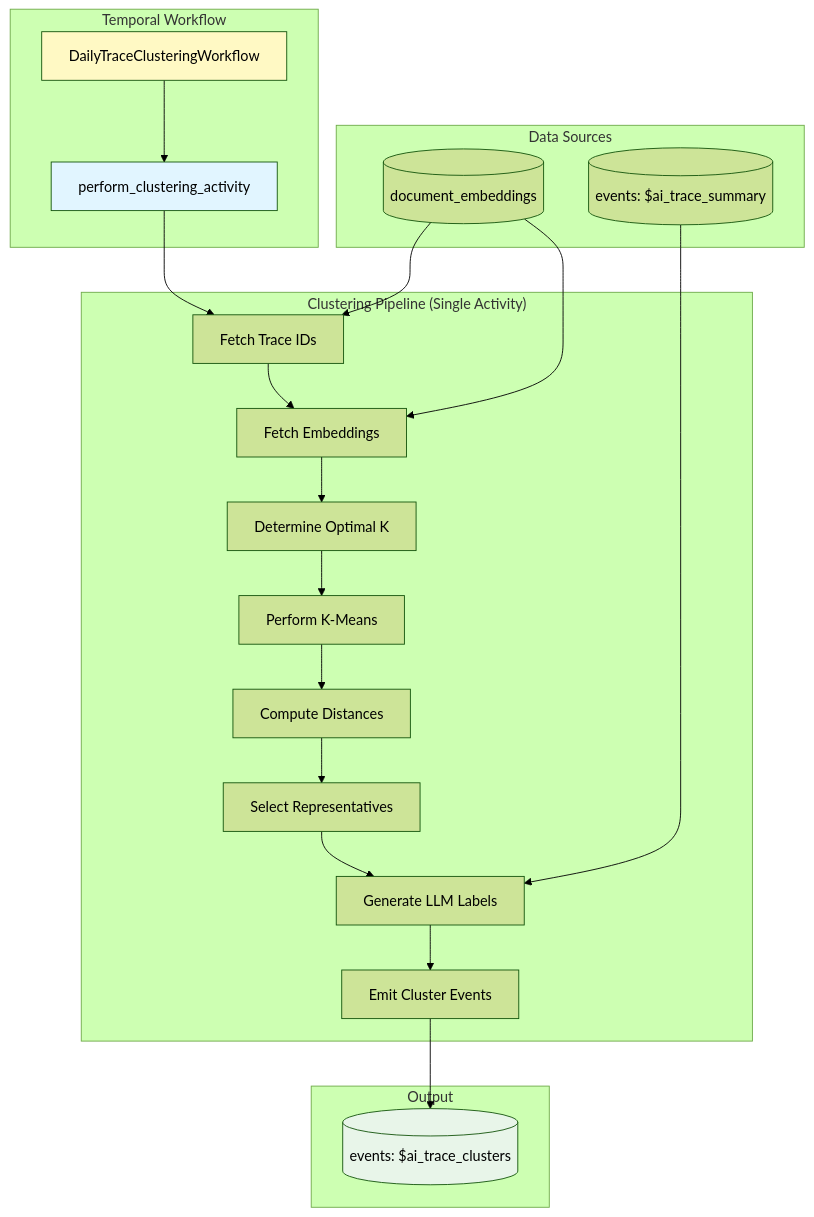
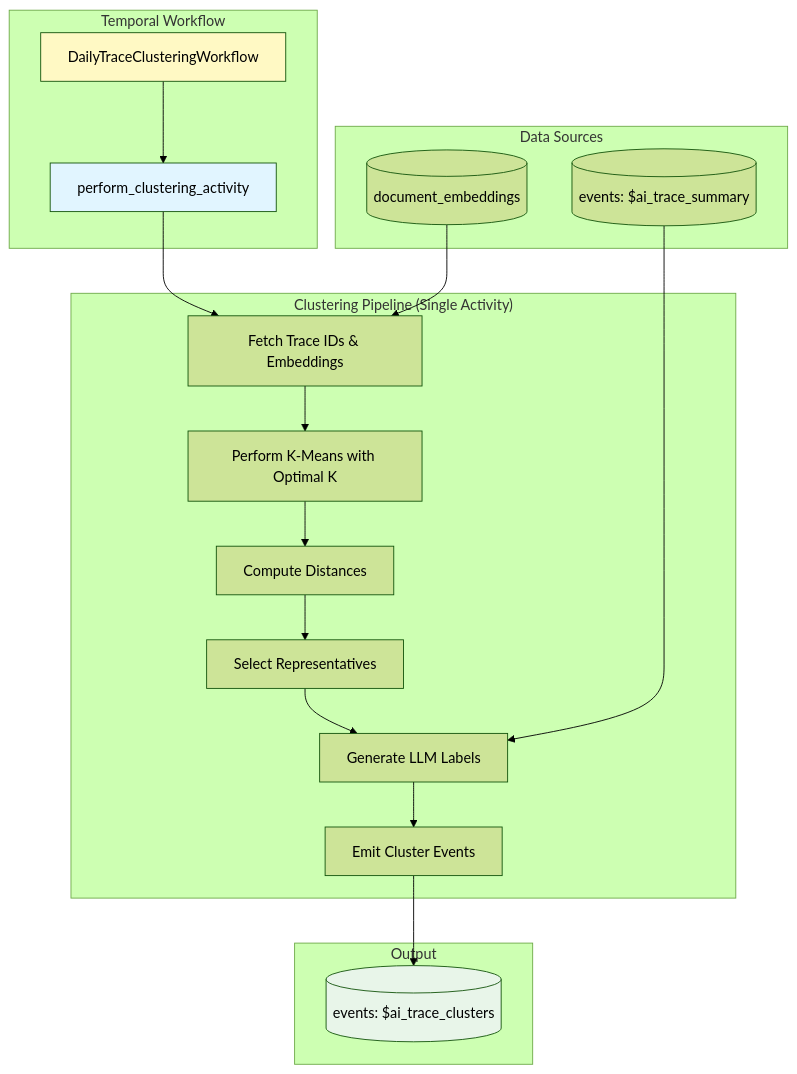
The diagram in posthog/temporal/llm_analytics/trace_clustering/README.md (sadfun/posthog), drawn with Mermaid (forest theme) before and after one commit. The commit also changed other lines of this file and 10 other files, not shown here.

````diff
--- a/posthog/temporal/llm_analytics/trace_clustering/README.md
+++ b/posthog/temporal/llm_analytics/trace_clustering/README.md
@@ -40,31 +38,28 @@
 ```mermaid
 graph TB
     subgraph "Temporal Workflow"
         WF[DailyTraceClusteringWorkflow] --> ACT[perform_clustering_activity]
     end
 
     subgraph "Clustering Pipeline (Single Activity)"
-        ACT --> FETCH_IDS[Fetch Trace IDs]
-        FETCH_IDS --> FETCH_EMB[Fetch Embeddings]
-        FETCH_EMB --> OPTIMAL[Determine Optimal K]
-        OPTIMAL --> CLUSTER[Perform K-Means]
+        ACT --> FETCH[Fetch Trace IDs & Embeddings]
+        FETCH --> CLUSTER[Perform K-Means with Optimal K]
         CLUSTER --> DIST[Compute Distances]
         DIST --> REPS[Select Representatives]
         REPS --> LABEL[Generate LLM Labels]
         LABEL --> EMIT[Emit Cluster Events]
     end
 
     subgraph "Data Sources"
-        CH_EMB[(document_embeddings)] --> FETCH_IDS
-        CH_EMB --> FETCH_EMB
+        CH_EMB[(document_embeddings)] --> FETCH
         CH_SUM[(events: $ai_trace_summary)] --> LABEL
     end
 
     subgraph "Output"
         EMIT --> CH_OUT[(events: $ai_trace_clusters)]
     end
 
     style WF fill:#fff9c4
     style ACT fill:#e1f5ff
     style CH_OUT fill:#e8f5e9
 ```
````
